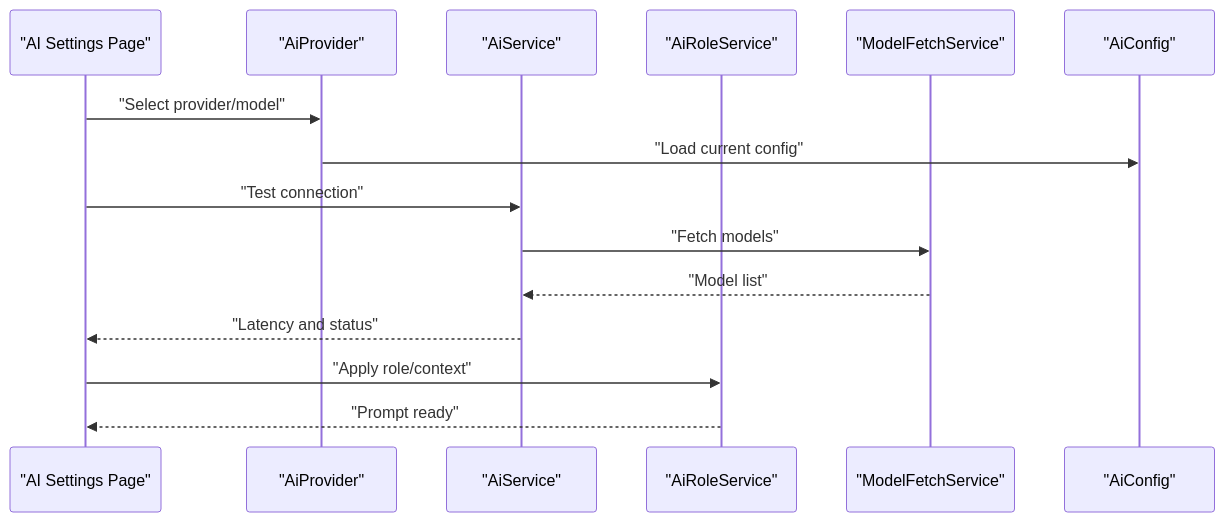
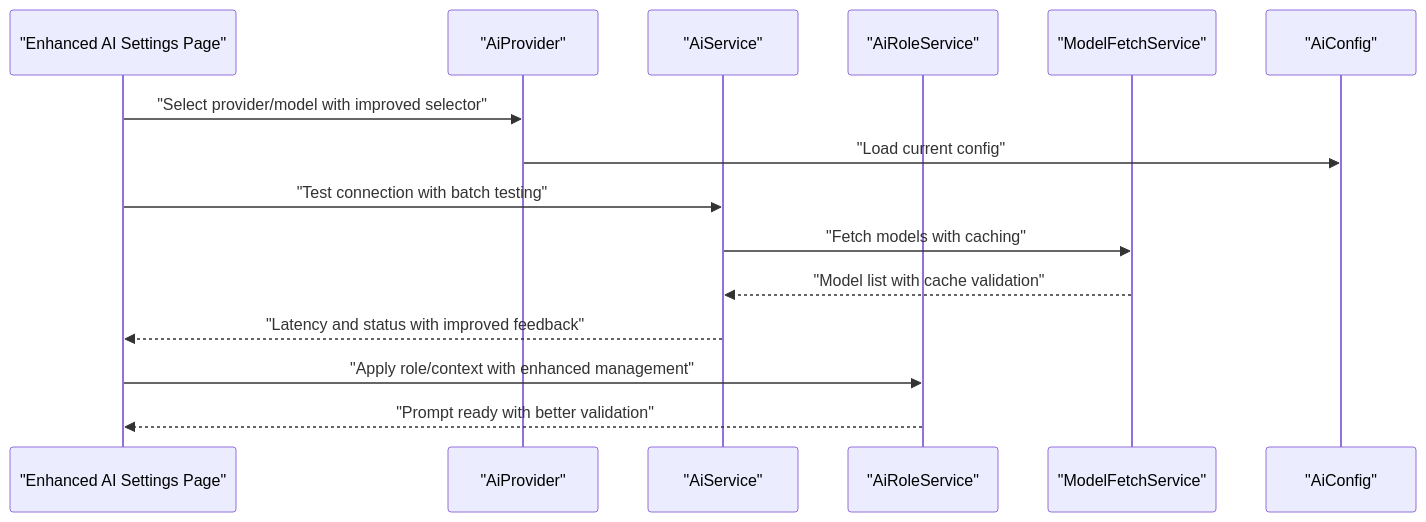
Before and after one commit to favoroo/QNote: the sixth of 10 diagrams in .qoder/repowiki/en/content/Core Features/Core Features.md, drawn with Mermaid. The commit also changed other lines of this file and 114 other files, not shown here.

````diff
--- a/.qoder/repowiki/en/content/Core Features/Core Features.md
+++ b/.qoder/repowiki/en/content/Core Features/Core Features.md
@@ -307,17 +350,17 @@
 ```mermaid
 sequenceDiagram
-participant UI as "AI Settings Page"
+participant UI as "Enhanced AI Settings Page"
 participant Prov as "AiProvider"
 participant AIS as "AiService"
 participant Role as "AiRoleService"
 participant MF as "ModelFetchService"
 participant CFG as "AiConfig"
-UI->>Prov : "Select provider/model"
+UI->>Prov : "Select provider/model with improved selector"
 Prov->>CFG : "Load current config"
-UI->>AIS : "Test connection"
-AIS->>MF : "Fetch models"
-MF-->>AIS : "Model list"
-AIS-->>UI : "Latency and status"
-UI->>Role : "Apply role/context"
-Role-->>UI : "Prompt ready"
+UI->>AIS : "Test connection with batch testing"
+AIS->>MF : "Fetch models with caching"
+MF-->>AIS : "Model list with cache validation"
+AIS-->>UI : "Latency and status with improved feedback"
+UI->>Role : "Apply role/context with enhanced management"
+Role-->>UI : "Prompt ready with better validation"
 ```
````
